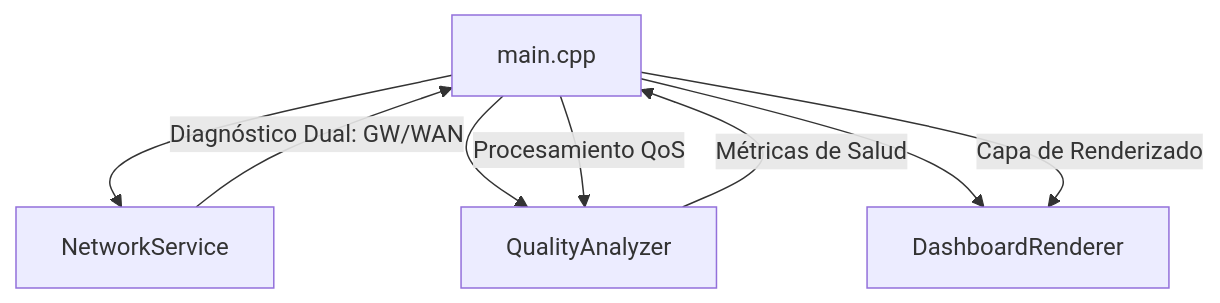
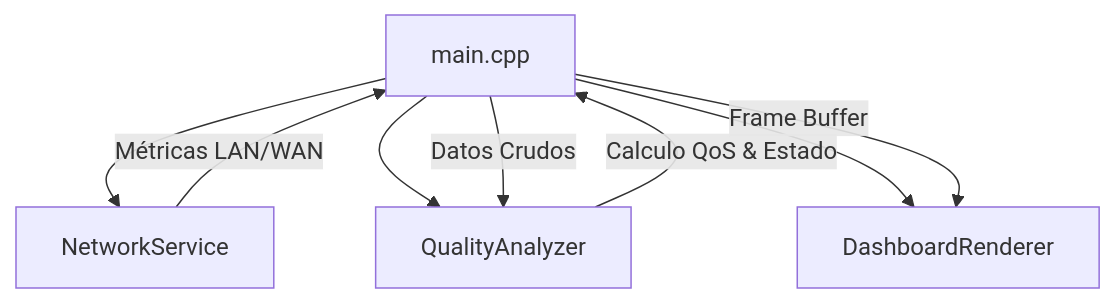
The diagram in README.md (CCuetoC/wifi-quality-monitor-esp32c6), drawn with Mermaid before and after one commit. The commit also changed other lines of this file and 6 other files, not shown here.

````diff
--- a/README.md
+++ b/README.md
@@ -28,11 +59,11 @@
 ```mermaid
 graph TD
     A[main.cpp] --> B[NetworkService]
     A --> C[QualityAnalyzer]
     A --> D[DashboardRenderer]
     
-    B -->|Diagnóstico Dual: GW/WAN| A
-    A -->|Procesamiento QoS| C
-    C -->|Métricas de Salud| A
-    A -->|Capa de Renderizado| D
+    B -->|Métricas LAN/WAN| A
+    A -->|Datos Crudos| C
+    C -->|Calculo QoS & Estado| A
+    A -->|Frame Buffer| D
 ```
````
